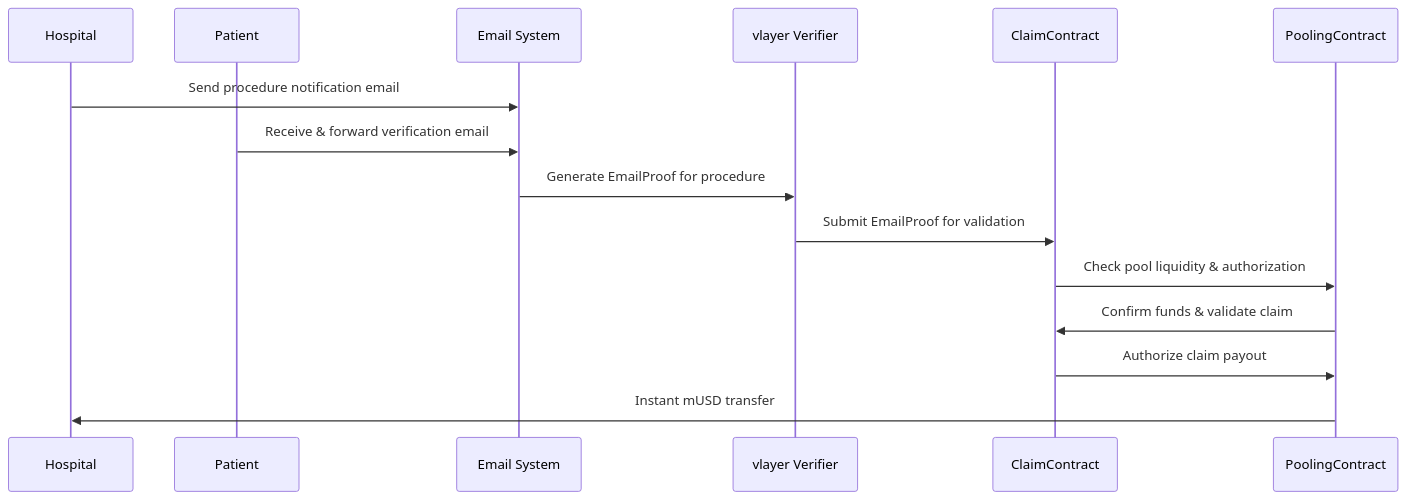
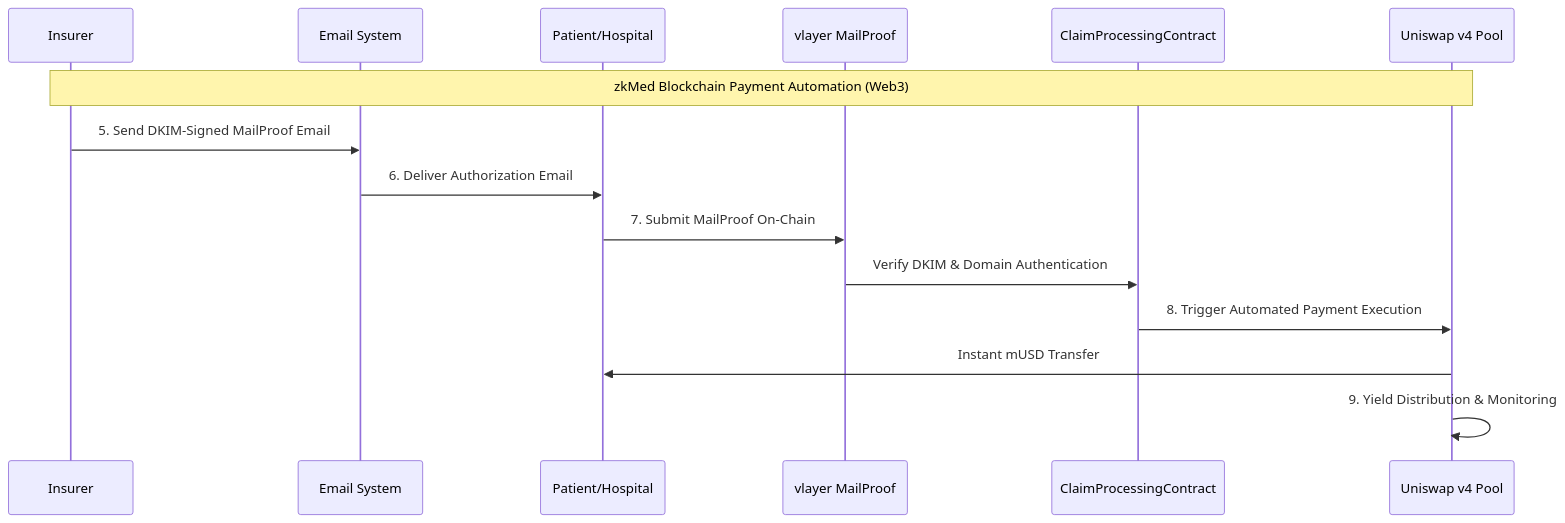
Diagram 12 of 12 in memory-bank/activeContext.md (ppezzull/zkMed), drawn with Mermaid before and after one commit. The commit also changed other lines of this file and 5 other files, not shown here.

````diff
--- a/memory-bank/activeContext.md
+++ b/memory-bank/activeContext.md
@@ -60,18 +312,18 @@
 ```mermaid
 sequenceDiagram
-    participant H as Hospital
-    participant P as Patient  
+    participant I as Insurer
     participant E as Email System
-    participant V as vlayer Verifier
-    participant C as ClaimContract
-    participant Pool as PoolingContract
-    
-    H->>E: Send procedure notification email
-    P->>E: Receive & forward verification email
-    E->>V: Generate EmailProof for procedure
-    V->>C: Submit EmailProof for validation
-    C->>Pool: Check pool liquidity & authorization
-    Pool->>C: Confirm funds & validate claim
-    C->>Pool: Authorize claim payout
-    Pool->>H: Instant mUSD transfer
+    participant P as Patient/Hospital
+    participant V as vlayer MailProof
+    participant C as ClaimProcessingContract
+    participant U as Uniswap v4 Pool
+
+    Note over I,U: zkMed Blockchain Payment Automation (Web3)
+    I->>E: 5. Send DKIM-Signed MailProof Email
+    E->>P: 6. Deliver Authorization Email
+    P->>V: 7. Submit MailProof On-Chain
+    V->>C: Verify DKIM & Domain Authentication
+    C->>U: 8. Trigger Automated Payment Execution
+    U->>P: Instant mUSD Transfer
+    U->>U: 9. Yield Distribution & Monitoring
 ```
````
